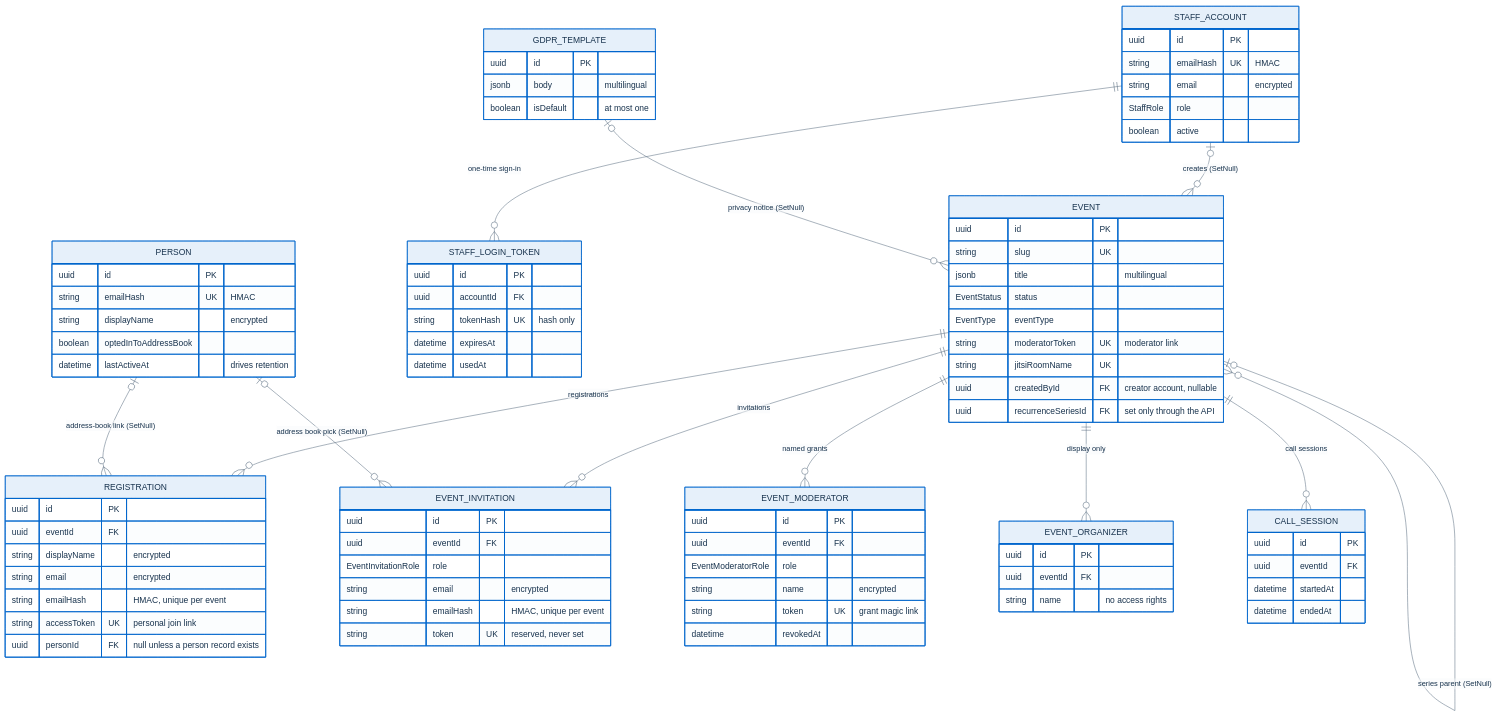
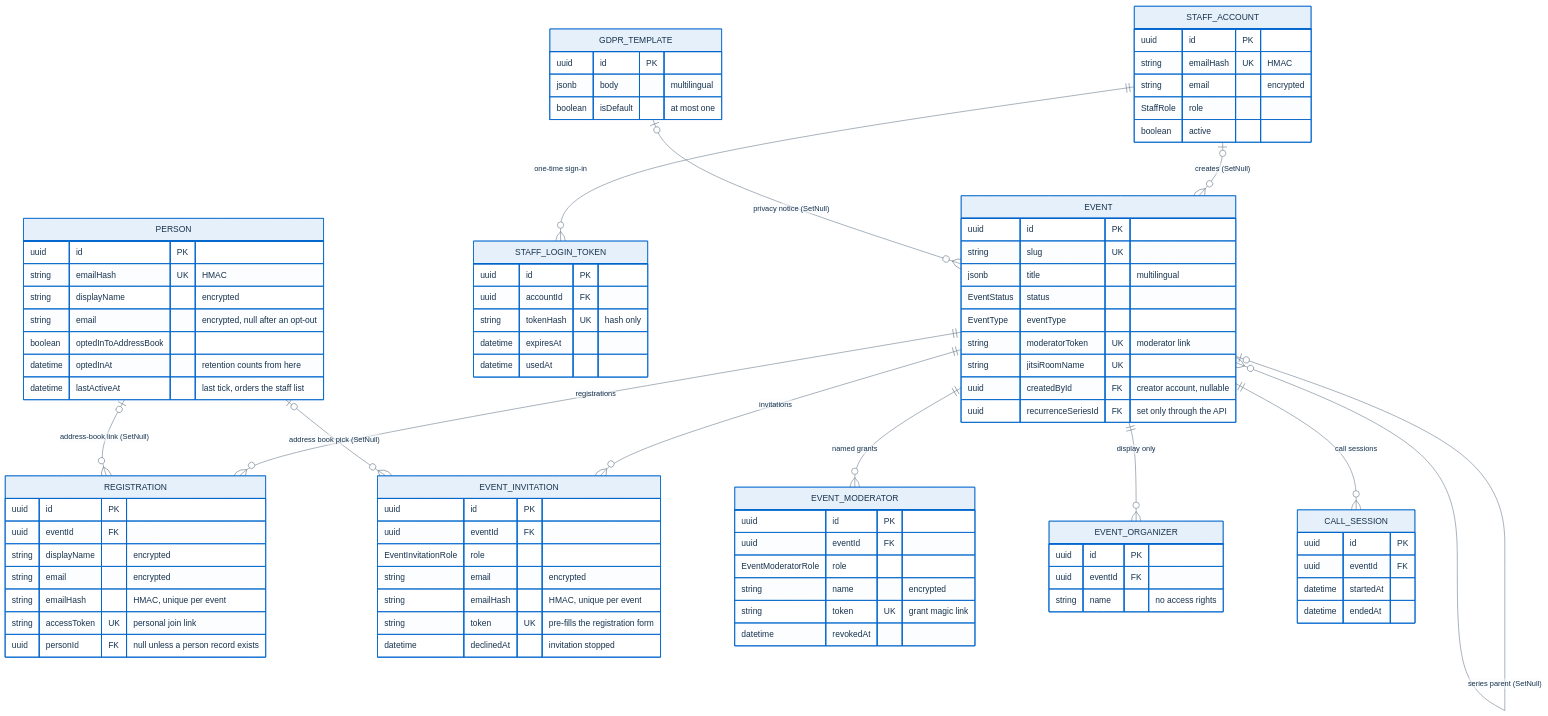
Before and after one commit to italia/pa-webinar: the second of 4 diagrams in docs/architecture/data-model.md, drawn with Mermaid. The commit also changed other lines of this file and 18 other files, not shown here.

```diff
--- a/docs/architecture/data-model.md
+++ b/docs/architecture/data-model.md
@@ -200,8 +200,10 @@
     uuid id PK
     string emailHash UK "HMAC"
     string displayName "encrypted"
+    string email "encrypted, null after an opt-out"
     boolean optedInToAddressBook
-    datetime lastActiveAt "drives retention"
+    datetime optedInAt "retention counts from here"
+    datetime lastActiveAt "last tick, orders the staff list"
   }
   EVENT_INVITATION {
     uuid id PK
@@ -209,7 +211,8 @@
     EventInvitationRole role
     string email "encrypted"
     string emailHash "HMAC, unique per event"
-    string token UK "reserved, never set"
+    string token UK "pre-fills the registration form"
+    datetime declinedAt "invitation stopped"
   }
   EVENT_MODERATOR {
     uuid id PK
```
